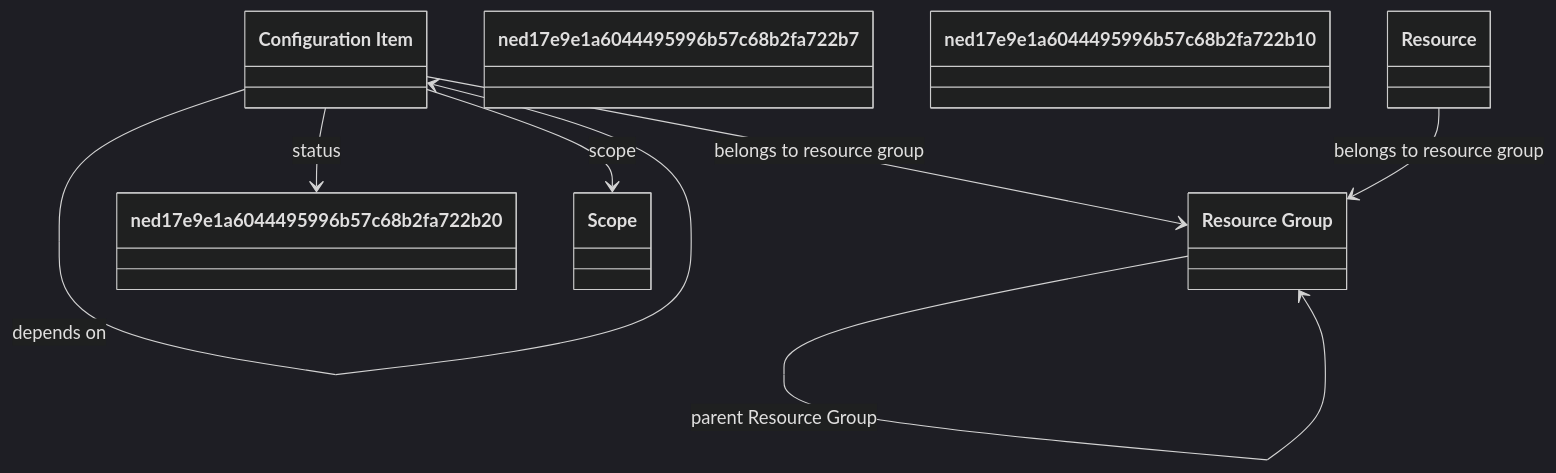
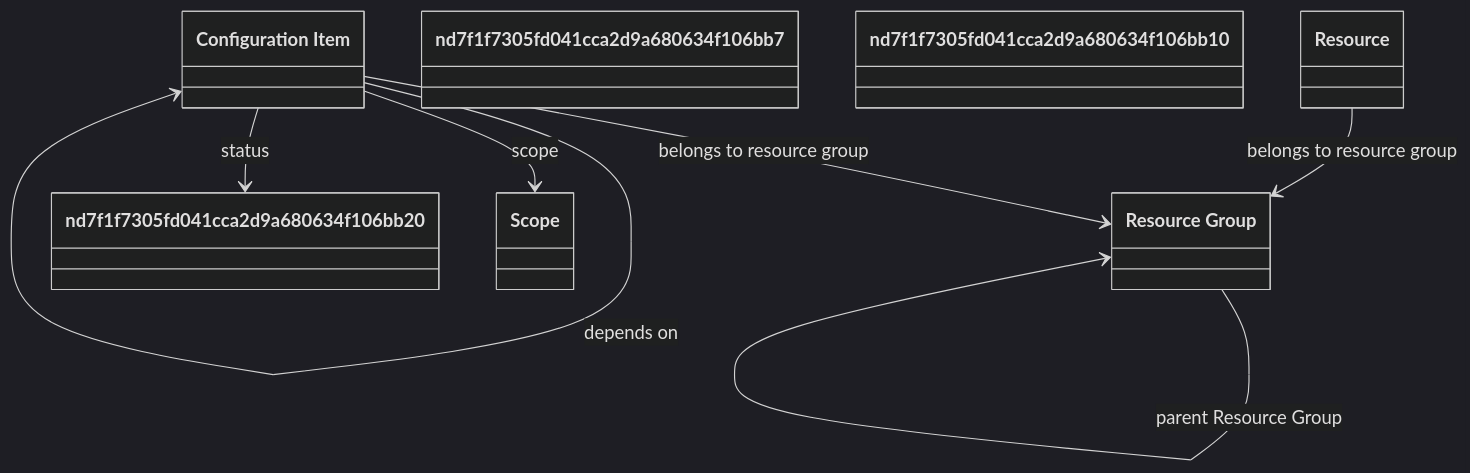
Before and after one commit to oeg-upm/Devos: the diagram in output/ieswc_freq/core.ttl-freq-7-0-hard.md, drawn with Mermaid (dark theme). The commit also changed 267 other files, not shown here.

````diff
--- a/output/ieswc_freq/core.ttl-freq-7-0-hard.md
+++ b/output/ieswc_freq/core.ttl-freq-7-0-hard.md
@@ -1,55 +1,55 @@
 ```mermaid
 	classDiagram
 
     
     class `Configuration Item` {
     
     }
 
     class `Resource Group` {
     
     }
 
-    class `ned17e9e1a6044495996b57c68b2fa722b7` {
+    class `nd7f1f7305fd041cca2d9a680634f106bb7` {
     
     }
 
-    class `ned17e9e1a6044495996b57c68b2fa722b10` {
-    
-    }
-
-    class `ned17e9e1a6044495996b57c68b2fa722b20` {
+    class `nd7f1f7305fd041cca2d9a680634f106bb10` {
     
     }
 
     class `Scope` {
     
     }
 
     class `Resource` {
     
     }
 
+    class `nd7f1f7305fd041cca2d9a680634f106bb20` {
+    
+    }
 
 
-`Configuration Item`  --> `Configuration Item`   :depends on  
-
-`Configuration Item`  --> `Resource Group`   :belongs to resource group  
 
 `Resource Group`  --> `Resource Group`   :parent Resource Group  
 
-`Configuration Item`  --> `ned17e9e1a6044495996b57c68b2fa722b20`   :status  
-
-`Configuration Item`  --> `Scope`   :scope  
+`Configuration Item`  --> `Resource Group`   :belongs to resource group  
 
 `Configuration Item`  --> `Configuration Item`   :depends on  
 
 `Resource Group`  --> `Resource Group`   :parent Resource Group  
 
-`Configuration Item`  --> `Configuration Item`   :depends on  
+`Configuration Item`  --> `Scope`   :scope  
 
 `Resource Group`  --> `Resource Group`   :parent Resource Group  
 
+`Configuration Item`  --> `Configuration Item`   :depends on  
+
 `Resource`  --> `Resource Group`   :belongs to resource group  
 
+`Configuration Item`  --> `nd7f1f7305fd041cca2d9a680634f106bb20`   :status  
+
+`Configuration Item`  --> `Configuration Item`   :depends on  
+
 ```
````
